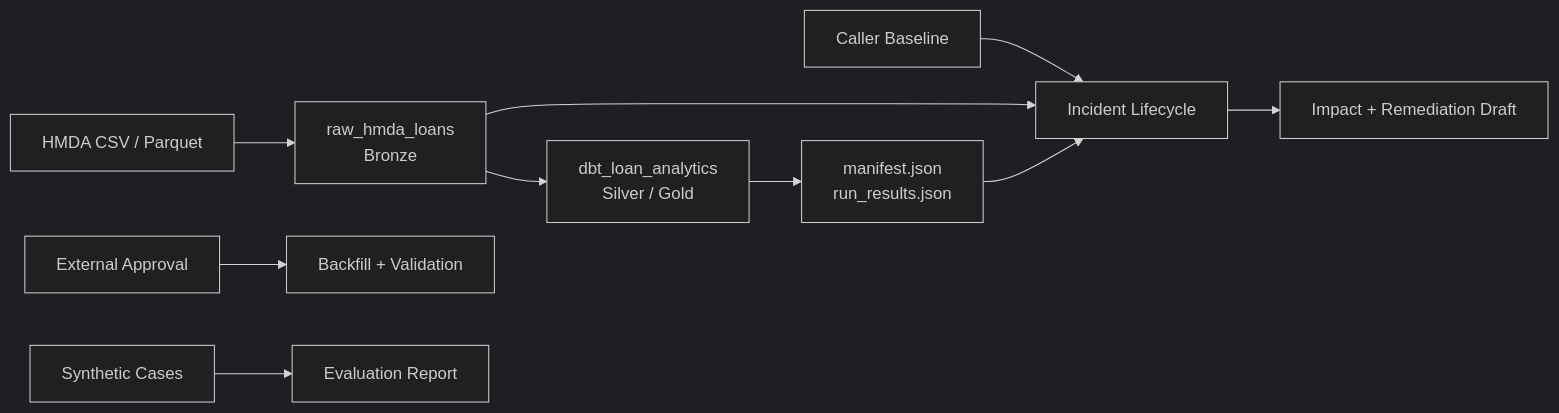
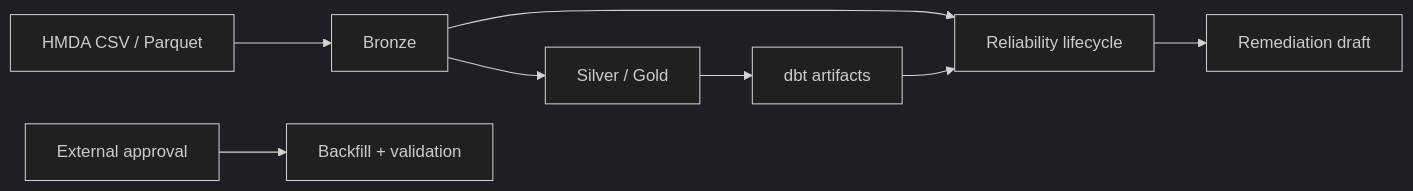
One commit to mols3131d/hmda-data-reliability changed the diagram in docs/ARCHITECTURE.md. Above: the diagram before and after it, drawn with Mermaid (dark theme). The commit also changed other lines of this file and 5 other files, not shown here.

Commit message:
docs: ARCHITECTURE 및 도메인 문서 업데이트 및 추가

````diff
--- a/docs/ARCHITECTURE.md
+++ b/docs/ARCHITECTURE.md
@@ -19,14 +7,10 @@
 ```mermaid
 flowchart LR
-    files[HMDA CSV / Parquet] --> raw[raw_hmda_loans<br/>Bronze]
-    raw --> dbt[dbt_loan_analytics<br/>Silver / Gold]
-    dbt --> artifacts[manifest.json<br/>run_results.json]
-
-    baseline[Caller Baseline] --> lifecycle[Incident Lifecycle]
-    raw --> lifecycle
+    files[HMDA CSV / Parquet] --> raw[Bronze]
+    raw --> dbt[Silver / Gold]
+    dbt --> artifacts[dbt artifacts]
+    raw --> lifecycle[Reliability lifecycle]
     artifacts --> lifecycle
-    lifecycle --> draft[Impact + Remediation Draft]
-
-    approval[External Approval] --> recovery[Backfill + Validation]
-    synthetic[Synthetic Cases] --> evaluation[Evaluation Report]
+    lifecycle --> draft[Remediation draft]
+    approval[External approval] --> recovery[Backfill + validation]
 ```
````
